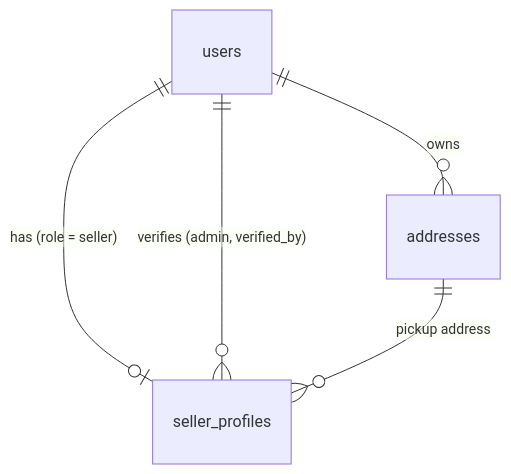
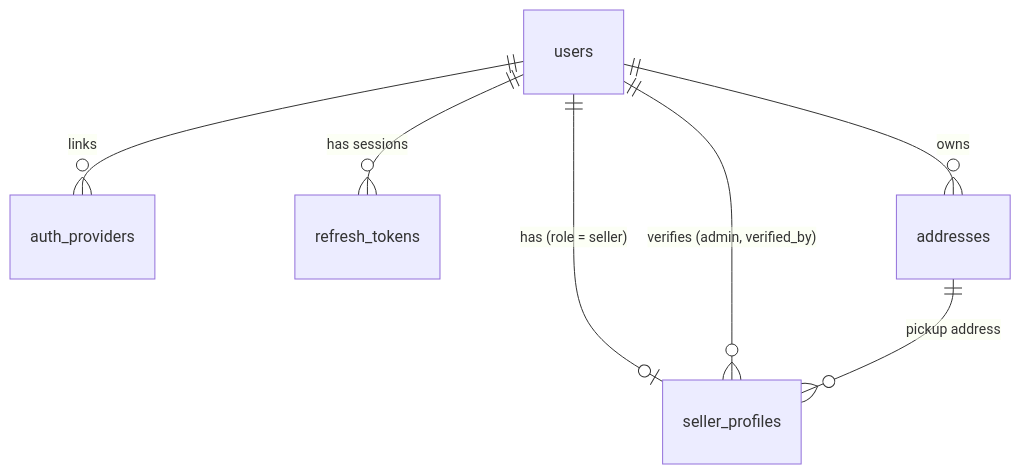
Before and after one commit to Bhupesh2sharma/AiEnabled-Ecommerce-Backend: the diagram in docs/DATABASE.md, drawn with Mermaid. The commit also changed other lines of this file and 45 other files, not shown here.

````diff
--- a/docs/DATABASE.md
+++ b/docs/DATABASE.md
@@ -21,7 +22,9 @@
 ```mermaid
 erDiagram
+    users ||--o{ auth_providers : "links"
+    users ||--o{ refresh_tokens : "has sessions"
     users ||--o{ addresses : "owns"
     users ||--o| seller_profiles : "has (role = seller)"
     users ||--o{ seller_profiles : "verifies (admin, verified_by)"
     addresses ||--o{ seller_profiles : "pickup address"
 ```
````
